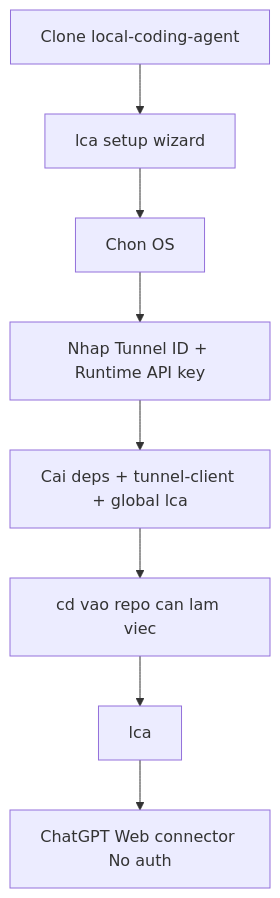
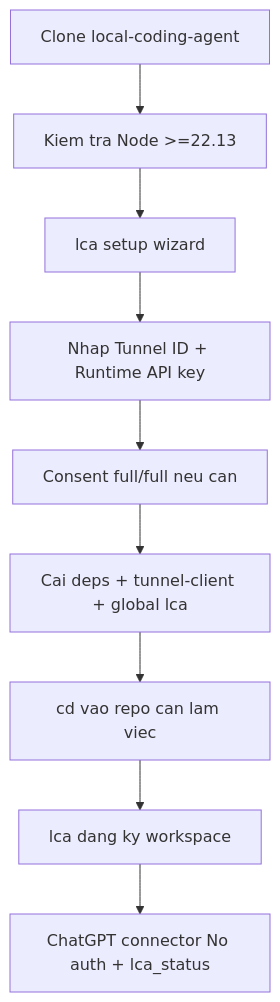
One commit to luongduy2798/local-coding-agent changed the diagram in docs/AI_AGENT_SETUP_PROMPT.md. Above: the diagram before and after it, drawn with Mermaid. The commit also changed other lines of this file and 161 other files, not shown here.

````diff
--- a/docs/AI_AGENT_SETUP_PROMPT.md
+++ b/docs/AI_AGENT_SETUP_PROMPT.md
@@ -41,10 +47,11 @@
 ```mermaid
 flowchart TD
-  A["Clone local-coding-agent"] --> B["lca setup wizard"]
-  B --> C["Chon OS"]
+  A["Clone local-coding-agent"] --> B["Kiem tra Node >=22.13"]
+  B --> C["lca setup wizard"]
   C --> D["Nhap Tunnel ID + Runtime API key"]
-  D --> E["Cai deps + tunnel-client + global lca"]
-  E --> F["cd vao repo can lam viec"]
-  F --> G["lca"]
-  G --> H["ChatGPT Web connector No auth"]
+  D --> E["Consent full/full neu can"]
+  E --> F["Cai deps + tunnel-client + global lca"]
+  F --> G["cd vao repo can lam viec"]
+  G --> H["lca dang ky workspace"]
+  H --> I["ChatGPT connector No auth + lca_status"]
 ```
````
